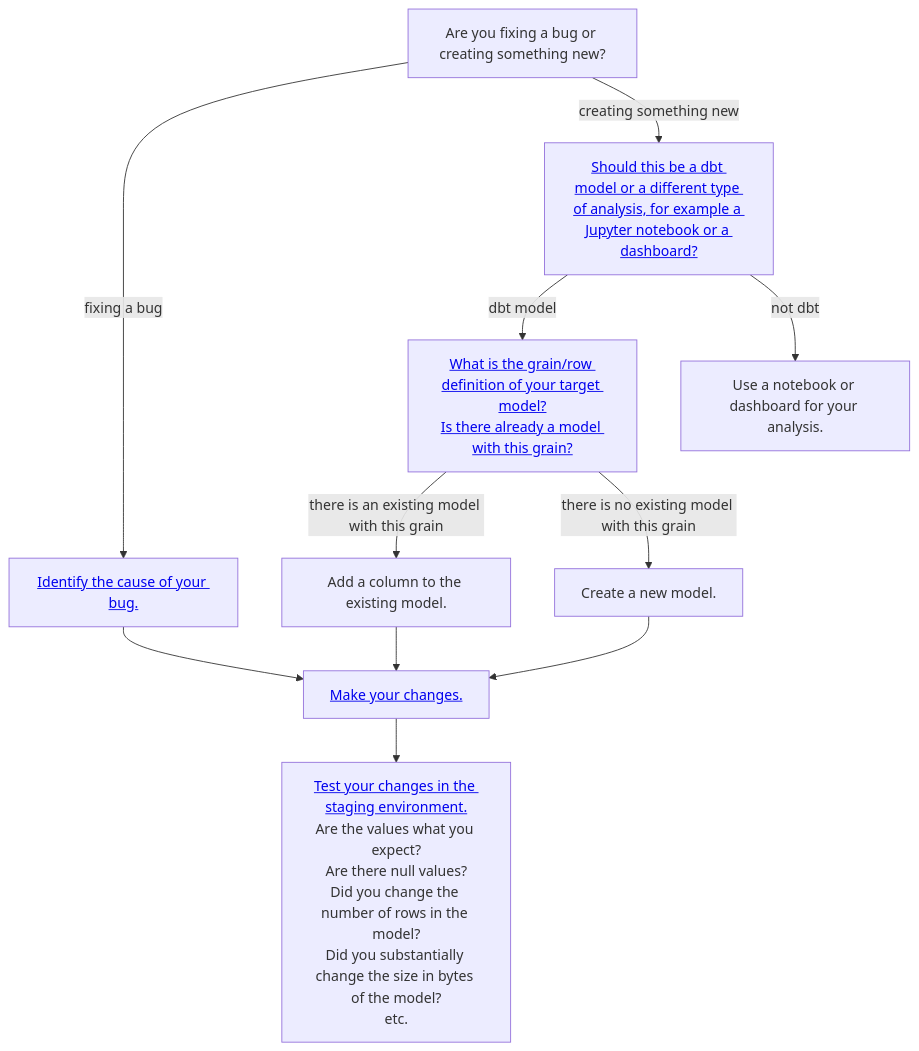
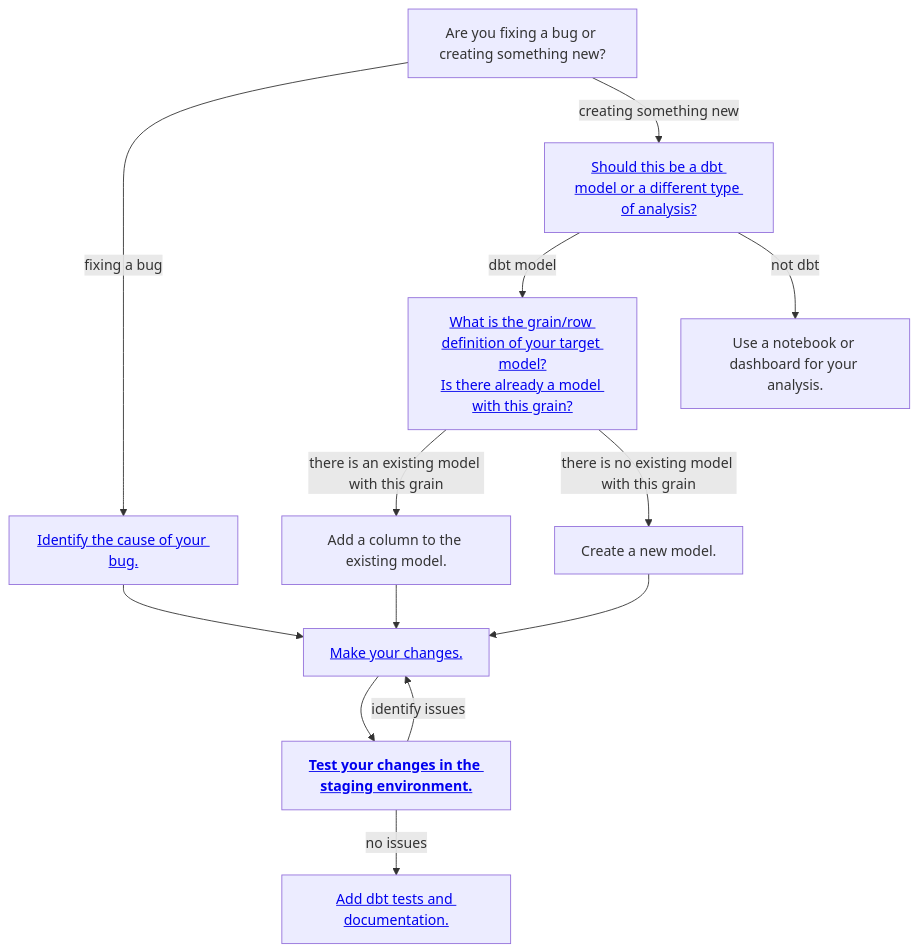
One commit to cal-itp/data-infra changed the diagram in docs/warehouse/developing_dbt_models.md. Above: the diagram before and after it, drawn with Mermaid. The commit also changed other lines of this file, not shown here.

Commit message:
add testing, documentation docs

````diff
--- a/docs/warehouse/developing_dbt_models.md
+++ b/docs/warehouse/developing_dbt_models.md
@@ -43,24 +49,28 @@
 ```{mermaid}
 flowchart TD
 
 workflow_type[Are you fixing a bug or creating something new?]
 identify_bug[<a href='developing_dbt_models#identify-bug'>Identify the cause of your bug.</a>]
 change_models[<a href='developing_dbt_models#change-models'>Make your changes.</a>]
-tool_choice[<a href='developing_dbt_models#tool-choice'>Should this be a dbt model or a different type of analysis, for example a Jupyter notebook or a dashboard?</a>]
+tool_choice[<a href='developing_dbt_models#tool-choice'>Should this be a dbt model or a different type of analysis?</a>]
 not_dbt[Use a notebook or dashboard for your analysis.]
-grain[<a href='developing_dbt_models#tool-choice'>What is the grain/row definition of your target model?<br>Is there already a model with this grain?</a>]
+grain[<a href='developing_dbt_models#grain'>What is the grain/row definition of your target model?<br>Is there already a model with this grain?</a>]
 new_column[Add a column to the existing model.]
 new_model[Create a new model.]
-test_changes[<a href='developing_dbt_models#test-changes'>Test your changes in the staging environment.</a><br>Are the values what you expect?<br>Are there null values?<br>Did you change the number of rows in the model?<br>Did you substantially change the size in bytes of the model?<br>etc.]
+test_changes[<a href='developing_dbt_models#test-changes'><b>Test your changes in the staging environment.</b></a>]
+new_column[Add a column to the existing model.]
+tests_and_docs[<a href='developing_dbt_models#tests-and-docs'>Add dbt tests and documentation.</a>]
 
 workflow_type -- fixing a bug --> identify_bug
 identify_bug --> change_models
 workflow_type -- creating something new --> tool_choice
 tool_choice -- dbt model--> grain
 tool_choice -- not dbt --> not_dbt
 grain -- there is an existing model with this grain --> new_column
 grain -- there is no existing model with this grain --> new_model
 new_column --> change_models
 new_model --> change_models
 change_models --> test_changes
+test_changes -- identify issues--> change_models
+test_changes -- no issues --> tests_and_docs
 ```
````
